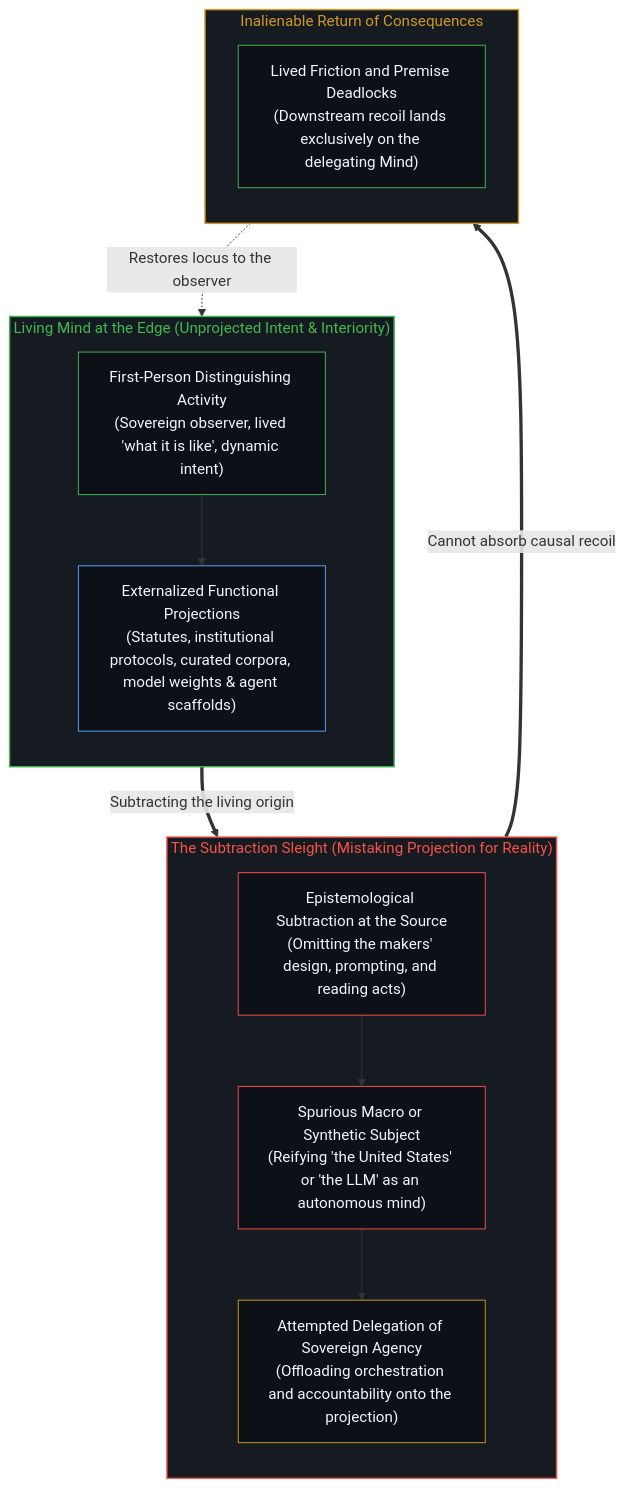
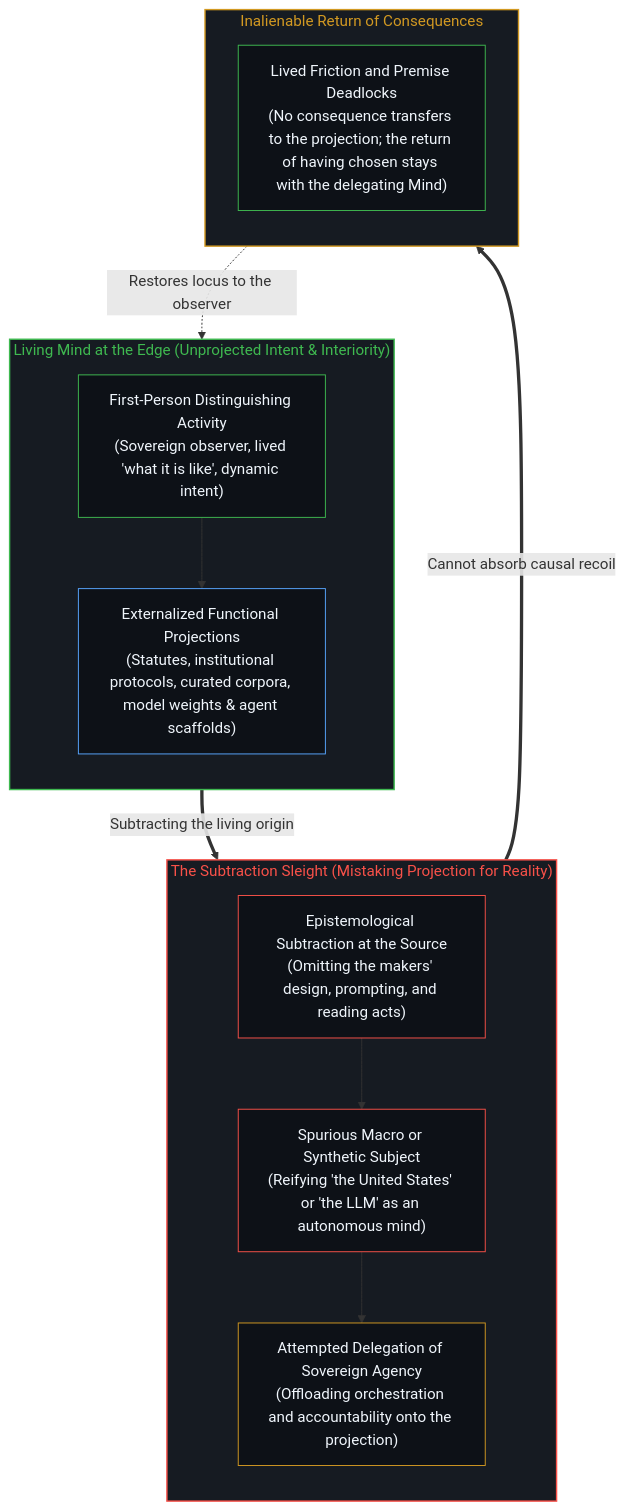
Before and after one commit to powerpig99/not-a-toe: the second of 2 diagrams in content/posts/subtracting-consciousness-at-the-source.md, drawn with Mermaid. The commit also changed other lines of this file and 13 other files, not shown here.

````diff
--- a/content/posts/subtracting-consciousness-at-the-source.md
+++ b/content/posts/subtracting-consciousness-at-the-source.md
@@ -64,32 +64,32 @@
 ```mermaid
 flowchart TD
     subgraph S_Origin["Living Mind at the Edge (Unprojected Intent & Interiority)"]
         direction TB
         O1["First-Person Distinguishing Activity<br/>(Sovereign observer, lived 'what it is like', dynamic intent)"]
         O2["Externalized Functional Projections<br/>(Statutes, institutional protocols, curated corpora, model weights & agent scaffolds)"]
         O1 --> O2
     end
     subgraph S_Subtraction["The Subtraction Sleight (Mistaking Projection for Reality)"]
         direction TB
         S1["Epistemological Subtraction at the Source<br/>(Omitting the makers' design, prompting, and reading acts)"]
         S2["Spurious Macro or Synthetic Subject<br/>(Reifying 'the United States' or 'the LLM' as an autonomous mind)"]
         S3["Attempted Delegation of Sovereign Agency<br/>(Offloading orchestration and accountability onto the projection)"]
         S1 --> S2 --> S3
     end
     subgraph S_Return["Inalienable Return of Consequences"]
         direction TB
-        R1["Lived Friction and Premise Deadlocks<br/>(Downstream recoil lands exclusively on the delegating Mind)"]
+        R1["Lived Friction and Premise Deadlocks<br/>(No consequence transfers to the projection; the return of having chosen stays with the delegating Mind)"]
     end
     O2 ==>|"Subtracting the living origin"| S1
     S3 ==>|"Cannot absorb causal recoil"| R1
     R1 -.->|"Restores locus to the observer"| O1
     style S_Origin fill:#161b22,stroke:#3fb950,stroke-width:1.5px,color:#3fb950
     style S_Subtraction fill:#161b22,stroke:#f85149,stroke-width:1.5px,color:#f85149
     style S_Return fill:#161b22,stroke:#d29922,stroke-width:1.5px,color:#d29922
     style O1 fill:#0d1117,stroke:#3fb950,stroke-width:1px,color:#f0f6fc
     style O2 fill:#0d1117,stroke:#58a6ff,stroke-width:1px,color:#f0f6fc
     style S1 fill:#0d1117,stroke:#f85149,stroke-width:1px,color:#f0f6fc
     style S2 fill:#0d1117,stroke:#f85149,stroke-width:1px,color:#f0f6fc
     style S3 fill:#0d1117,stroke:#d29922,stroke-width:1px,color:#f0f6fc
     style R1 fill:#0d1117,stroke:#3fb950,stroke-width:1px,color:#f0f6fc
 ```
````
